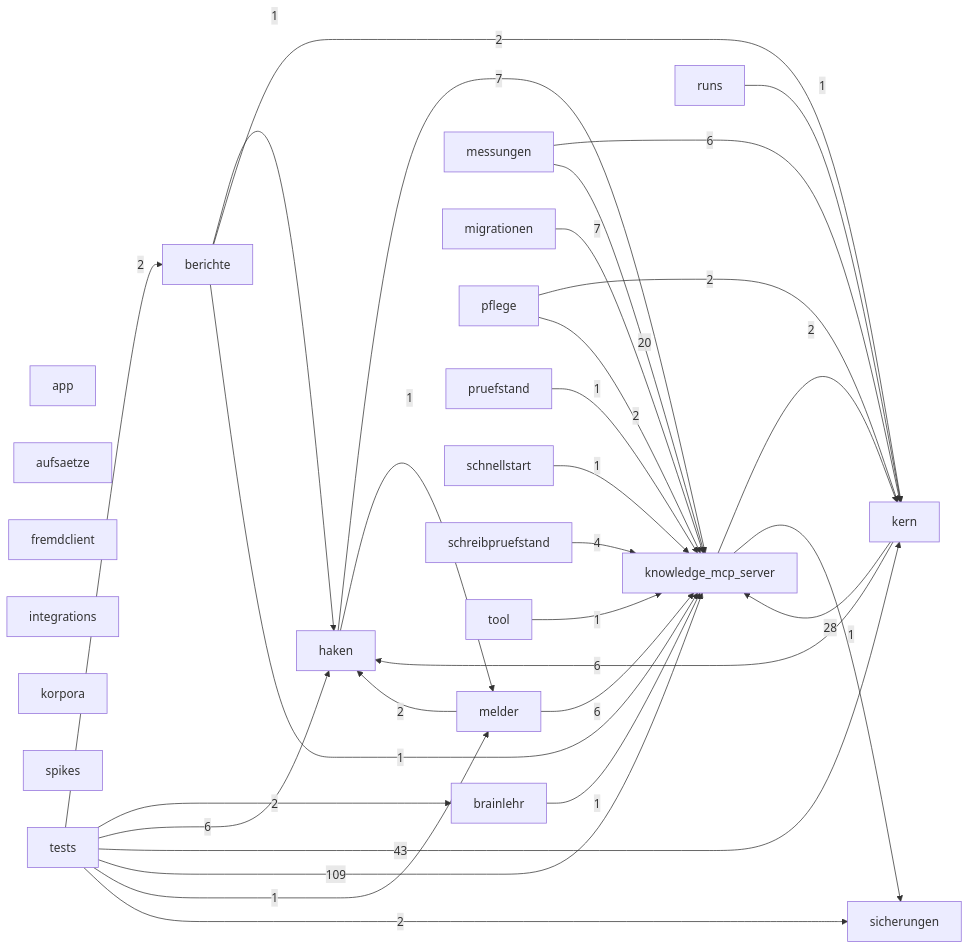
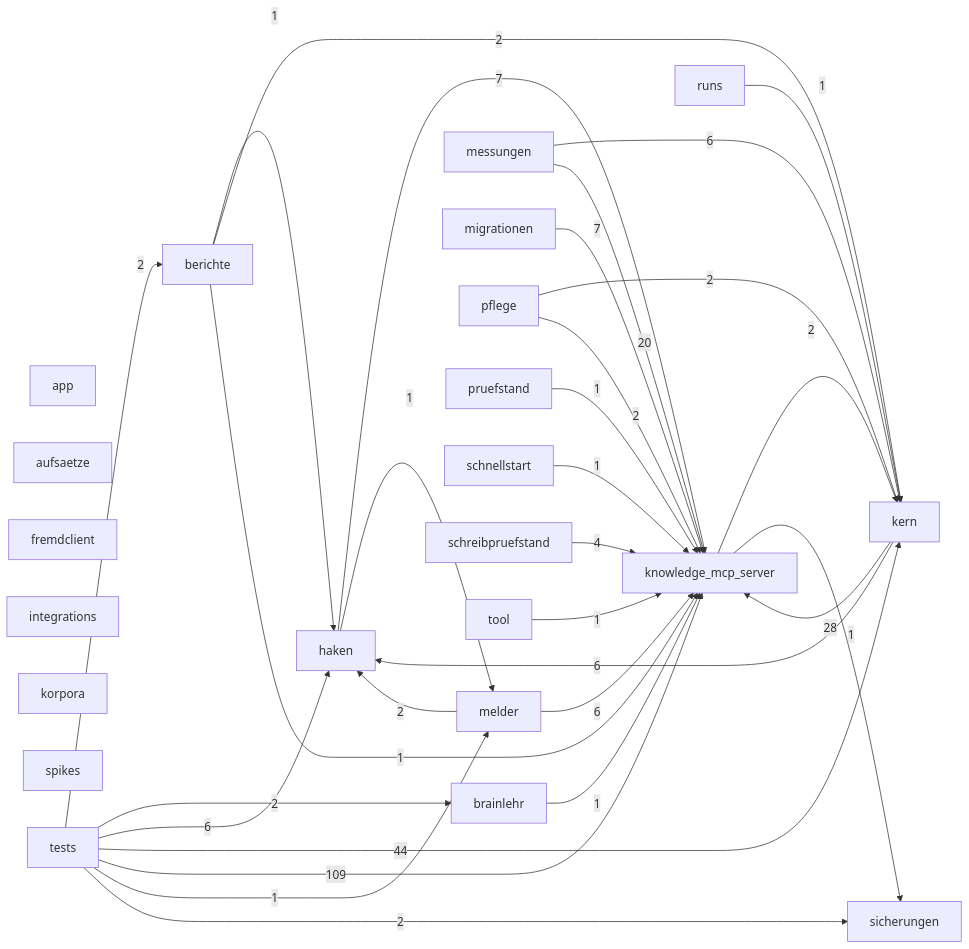
Before and after one commit to 3lehr/brainlehr: the diagram in docs/karten/code-brainlehr.md, drawn with Mermaid. The commit also changed 25 other files, not shown here.

````diff
--- a/docs/karten/code-brainlehr.md
+++ b/docs/karten/code-brainlehr.md
@@ -5,54 +5,54 @@
 ```mermaid
 graph LR
   app["app"]
   aufsaetze["aufsaetze"]
   berichte["berichte"]
   brainlehr["brainlehr"]
   fremdclient["fremdclient"]
   haken["haken"]
   integrations["integrations"]
   kern["kern"]
   knowledge_mcp_server["knowledge_mcp_server"]
   korpora["korpora"]
   melder["melder"]
   messungen["messungen"]
   migrationen["migrationen"]
   pflege["pflege"]
   pruefstand["pruefstand"]
   runs["runs"]
   schnellstart["schnellstart"]
   schreibpruefstand["schreibpruefstand"]
   sicherungen["sicherungen"]
   spikes["spikes"]
   tests["tests"]
   tool["tool"]
   berichte -->|1| haken
   berichte -->|2| kern
   berichte -->|1| knowledge_mcp_server
   brainlehr -->|1| knowledge_mcp_server
   haken -->|7| knowledge_mcp_server
   haken -->|1| melder
   kern -->|6| haken
   kern -->|28| knowledge_mcp_server
   knowledge_mcp_server -->|2| kern
   knowledge_mcp_server -->|1| sicherungen
   melder -->|2| haken
   melder -->|6| knowledge_mcp_server
   messungen -->|6| kern
   messungen -->|20| knowledge_mcp_server
   migrationen -->|7| knowledge_mcp_server
   pflege -->|2| kern
   pflege -->|2| knowledge_mcp_server
   pruefstand -->|1| knowledge_mcp_server
   runs -->|1| kern
   schnellstart -->|1| knowledge_mcp_server
   schreibpruefstand -->|4| knowledge_mcp_server
   tests -->|2| berichte
   tests -->|2| brainlehr
   tests -->|6| haken
-  tests -->|43| kern
+  tests -->|44| kern
   tests -->|109| knowledge_mcp_server
   tests -->|1| melder
   tests -->|2| sicherungen
   tool -->|1| knowledge_mcp_server
 ```
````
